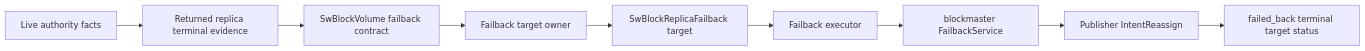
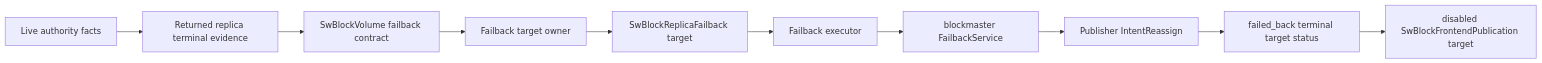
Before and after one commit to seaweedfs/seaweed-block: the second of 2 diagrams in docs/wiki/phase-map.md, drawn with Mermaid. The commit also changed other lines of this file and 21 other files, not shown here.

Commit message:
phase96: plan frontend publication after failback

````diff
--- a/docs/wiki/phase-map.md
+++ b/docs/wiki/phase-map.md
@@ -79,11 +79,12 @@
 ```mermaid
 flowchart LR
   A[Live authority facts] --> B[Returned replica terminal evidence]
   B --> C[SwBlockVolume failback contract]
   C --> D[Failback target owner]
   D --> E[SwBlockReplicaFailback target]
   E --> F[Failback executor]
   F --> G[blockmaster FailbackService]
   G --> H[Publisher IntentReassign]
   H --> I[failed_back terminal target status]
+  I --> J[disabled SwBlockFrontendPublication target]
 ```
````
